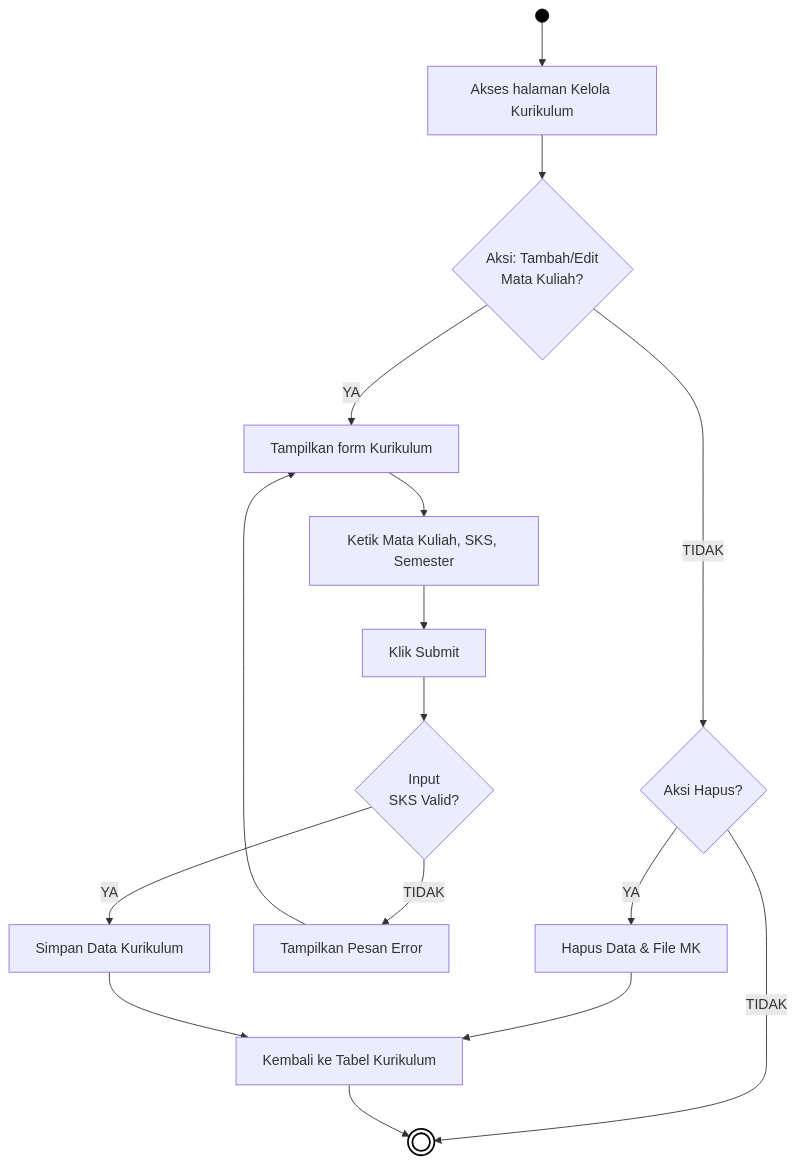
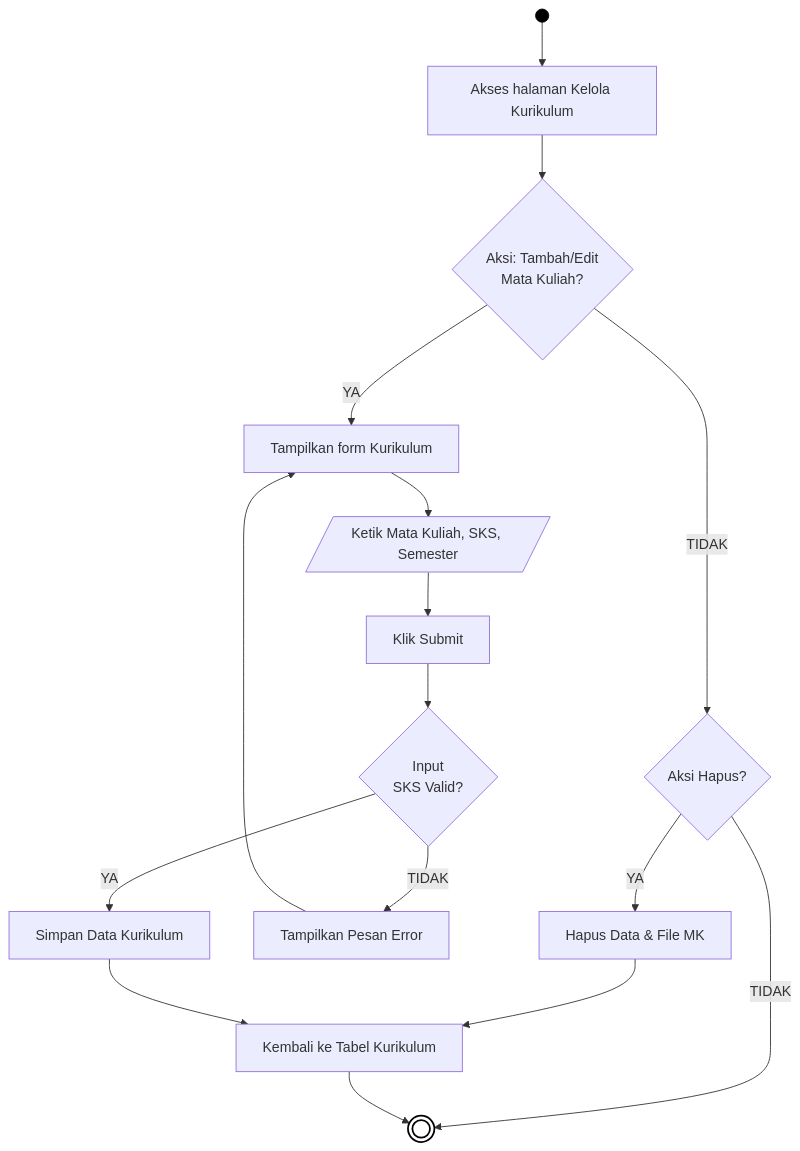
Before and after one commit to arbain-dev/Web_fikom: diagram 12 of 21 in docs/01_DIAGRAM_AKTIVITAS.md, drawn with Mermaid. The commit also changed other lines of this file and 2 other files, not shown here.

Commit message:
docs: perbaiki bentuk IO pada flowchart

````diff
--- a/docs/01_DIAGRAM_AKTIVITAS.md
+++ b/docs/01_DIAGRAM_AKTIVITAS.md
@@ -389,26 +389,26 @@
 ```mermaid
 flowchart TD
     Start(( )) --> A[Akses halaman Kelola Kurikulum]
     
     A --> B{Aksi: Tambah/Edit\nMata Kuliah?}
     
     B -- TIDAK --> Hapus{Aksi Hapus?}
     Hapus -- YA --> HC[Hapus Data & File MK]
     Hapus -- TIDAK --> End((( )))
     HC --> I[Kembali ke Tabel Kurikulum]
     
     B -- YA --> C[Tampilkan form Kurikulum]
-    C --> D[Ketik Mata Kuliah, SKS, Semester]
+    C --> D[/Ketik Mata Kuliah, SKS, Semester/]
     D --> E[Klik Submit]
     
     E --> F{Input\nSKS Valid?}
     F -- TIDAK --> G[Tampilkan Pesan Error]
     G --> C
     
     F -- YA --> H[Simpan Data Kurikulum]
     H --> I
     I --> End
     
     style Start fill:#000,stroke:#000,color:#000
     style End fill:#fff,stroke:#000,stroke-width:2px
 ```
````
